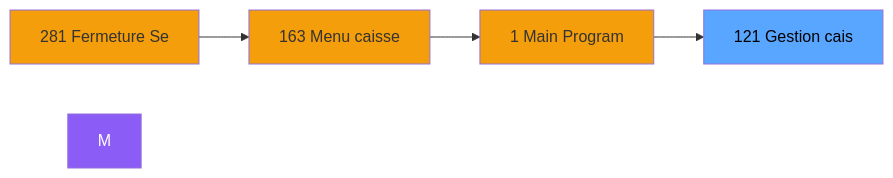
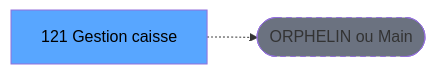
Before and after one commit to thonyAGP/lecteur-magic: the second of 3 diagrams in .openspec/specs/ADH-IDE-121.md, drawn with Mermaid. The commit also changed other lines of this file and 701 other files, not shown here.

````diff
--- a/.openspec/specs/ADH-IDE-121.md
+++ b/.openspec/specs/ADH-IDE-121.md
@@ -127,15 +128,8 @@
 ```mermaid
 graph LR
-    N281[281 Fermeture Se]
-    N163[163 Menu caisse ]
-    N1[1 Main Program]
-    T[121 Gestion cais]
-    N281 --> N163
-    N163 --> N1
-    N1 --> T
-    style M fill:#8b5cf6,color:#fff
-    style N281 fill:#f59e0b
-    style N163 fill:#f59e0b
-    style N1 fill:#f59e0b
+    T[121 Gestion caisse]
+    ORPHAN([ORPHELIN ou Main])
+    T -.-> ORPHAN
     style T fill:#58a6ff,color:#000
+    style ORPHAN fill:#6b7280,stroke-dasharray: 5 5
 ```
````
